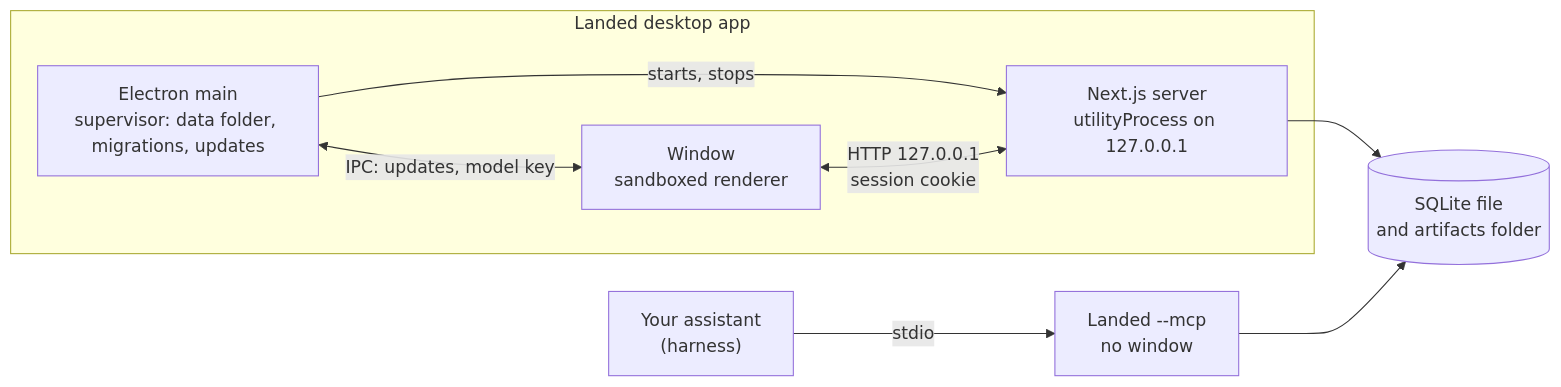
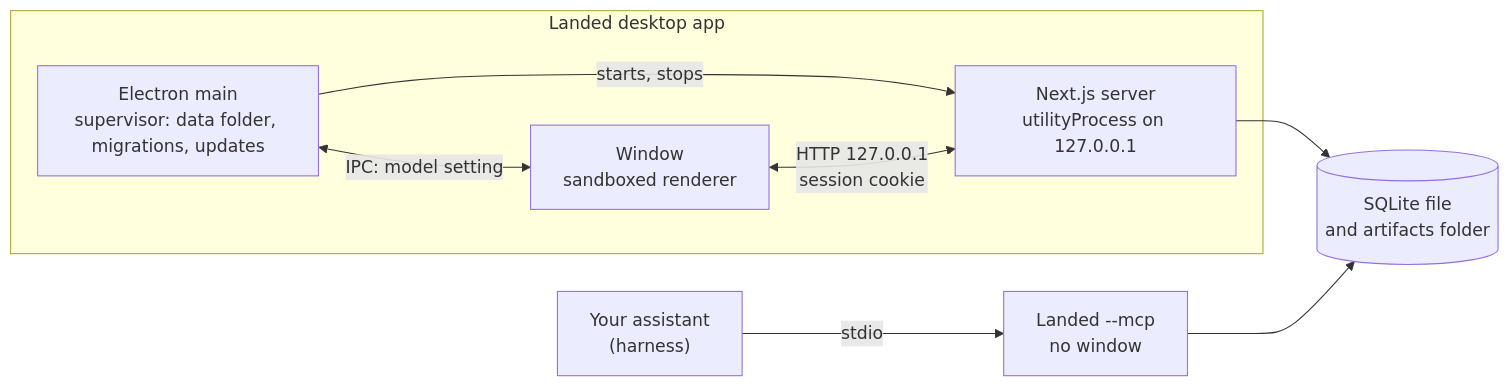
One commit to 3333444n/landed changed the diagram in docs/adr/013-desktop-distribution.md. Above: the diagram before and after it, drawn with Mermaid. The commit also changed other lines of this file and 20 other files, not shown here.

````diff
--- a/docs/adr/013-desktop-distribution.md
+++ b/docs/adr/013-desktop-distribution.md
@@ -33,14 +33,14 @@
 ```mermaid
 flowchart LR
   subgraph app["Landed desktop app"]
     main["Electron main<br/>supervisor: data folder, migrations, updates"]
     server["Next.js server<br/>utilityProcess on 127.0.0.1"]
     window["Window<br/>sandboxed renderer"]
     main -->|"starts, stops"| server
     window <-->|"HTTP 127.0.0.1<br/>session cookie"| server
-    main <-->|"IPC: updates, model key"| window
+    main <-->|"IPC: model setting"| window
   end
   harness["Your assistant<br/>(harness)"] -->|"stdio"| stdio["Landed --mcp<br/>no window"]
   server --> data[("SQLite file<br/>and artifacts folder")]
   stdio --> data
 ```
````
